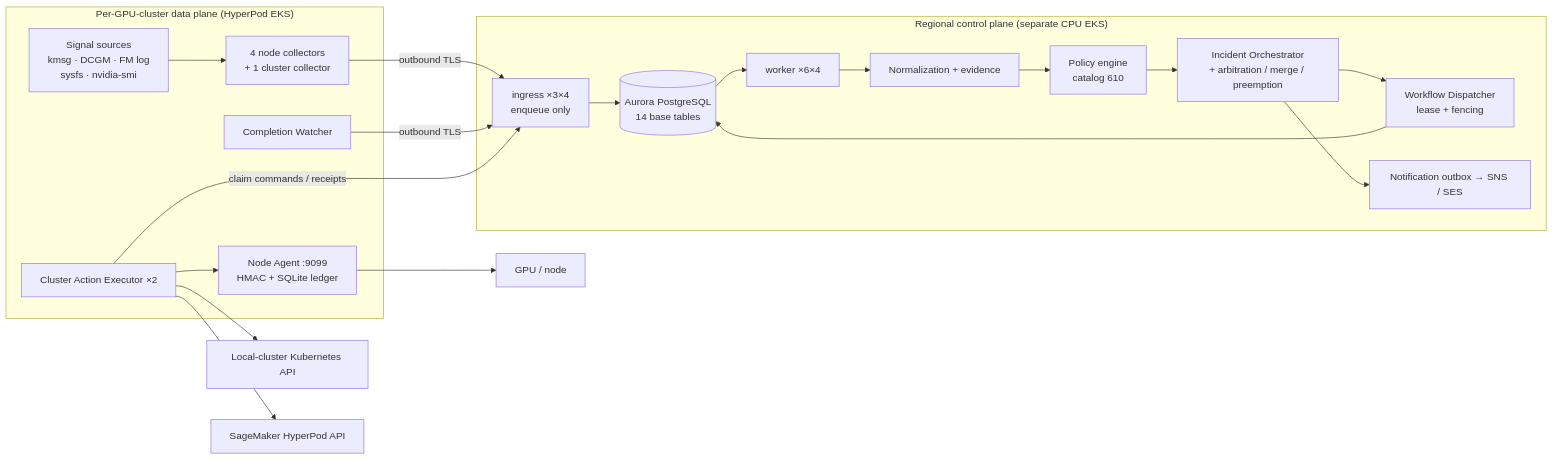
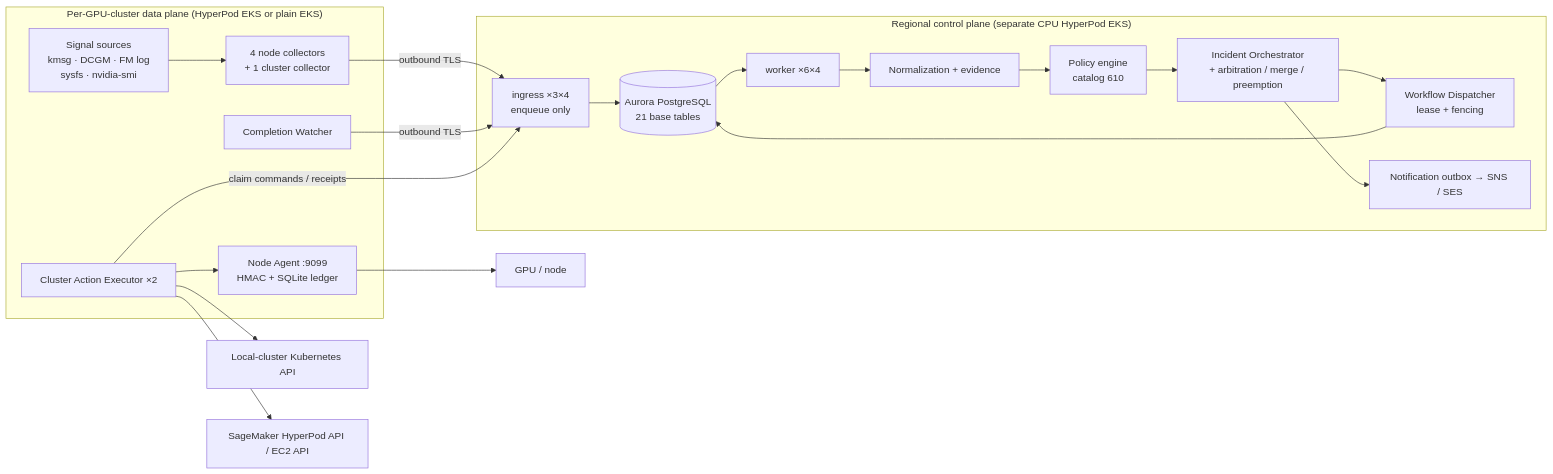
The third of 5 diagrams in docs/en/high-level-design-v2.md (yuhuiaws/GPU-Fault-Recovery-System), drawn with Mermaid before and after one commit. The commit also changed other lines of this file and 1 other file, not shown here.

````diff
--- a/docs/en/high-level-design-v2.md
+++ b/docs/en/high-level-design-v2.md
@@ -321,35 +328,35 @@
 ```mermaid
 flowchart LR
-    subgraph DP["Per-GPU-cluster data plane (HyperPod EKS)"]
+    subgraph DP["Per-GPU-cluster data plane (HyperPod EKS or plain EKS)"]
         SRC["Signal sources<br/>kmsg · DCGM · FM log<br/>sysfs · nvidia-smi"]
         COL["4 node collectors<br/>+ 1 cluster collector"]
         WCH["Completion Watcher"]
         EXE["Cluster Action Executor ×2"]
         AGT["Node Agent :9099<br/>HMAC + SQLite ledger"]
         SRC --> COL
     end
 
-    subgraph CP["Regional control plane (separate CPU EKS)"]
+    subgraph CP["Regional control plane (separate CPU HyperPod EKS)"]
         ING["ingress ×3×4<br/>enqueue only"]
-        AUR[("Aurora PostgreSQL<br/>14 base tables")]
+        AUR[("Aurora PostgreSQL<br/>21 base tables")]
         WRK["worker ×6×4"]
         NRM["Normalization + evidence"]
         POL["Policy engine<br/>catalog 610"]
         ORC["Incident Orchestrator<br/>+ arbitration / merge / preemption"]
         DSP["Workflow Dispatcher<br/>lease + fencing"]
         NTF["Notification outbox → SNS / SES"]
         ING --> AUR
         AUR --> WRK
         WRK --> NRM --> POL --> ORC --> DSP
         ORC --> NTF
         DSP --> AUR
     end
 
     COL -- "outbound TLS" --> ING
     WCH -- "outbound TLS" --> ING
     EXE -- "claim commands / receipts" --> ING
     EXE --> KAPI["Local-cluster Kubernetes API"]
     EXE --> AGT
-    EXE --> HPAPI["SageMaker HyperPod API"]
+    EXE --> HPAPI["SageMaker HyperPod API / EC2 API"]
     AGT --> GPUDEV["GPU / node"]
 ```
````
